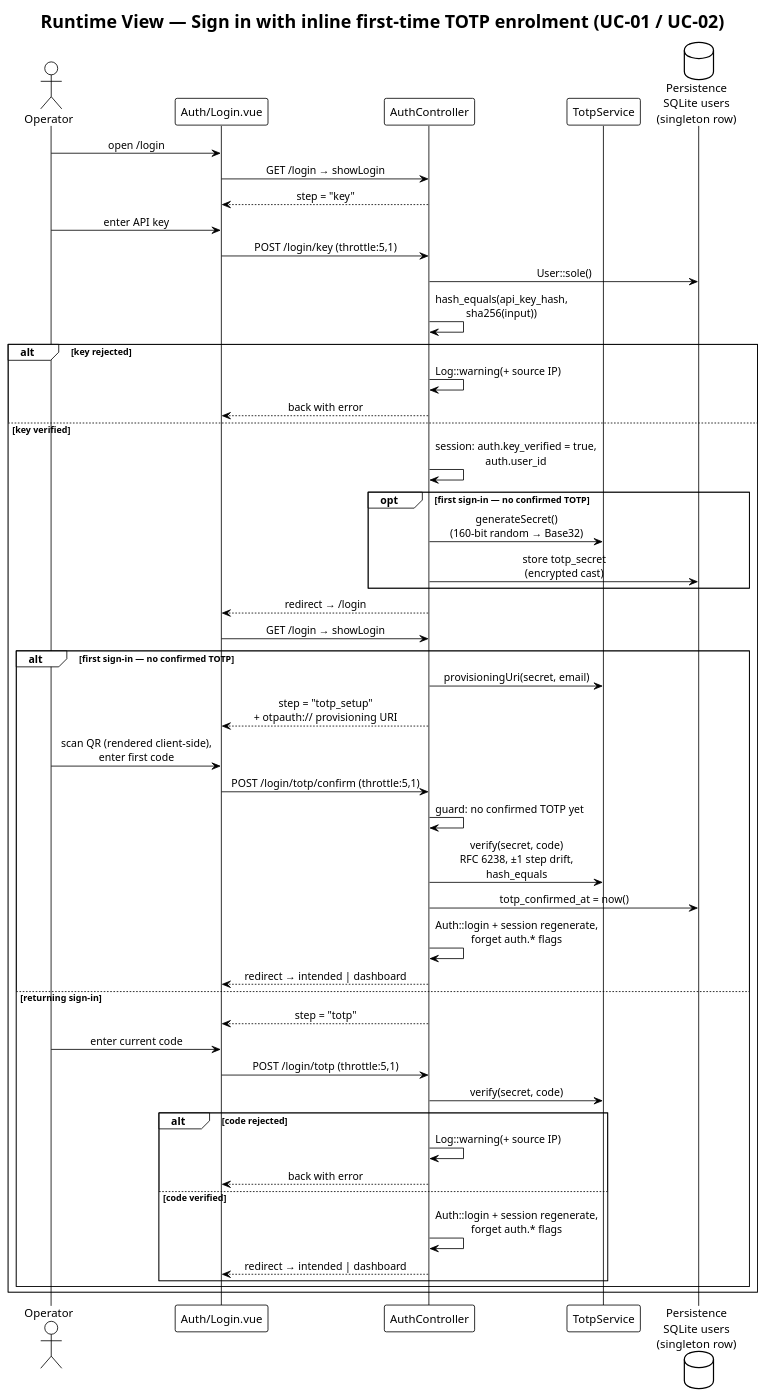
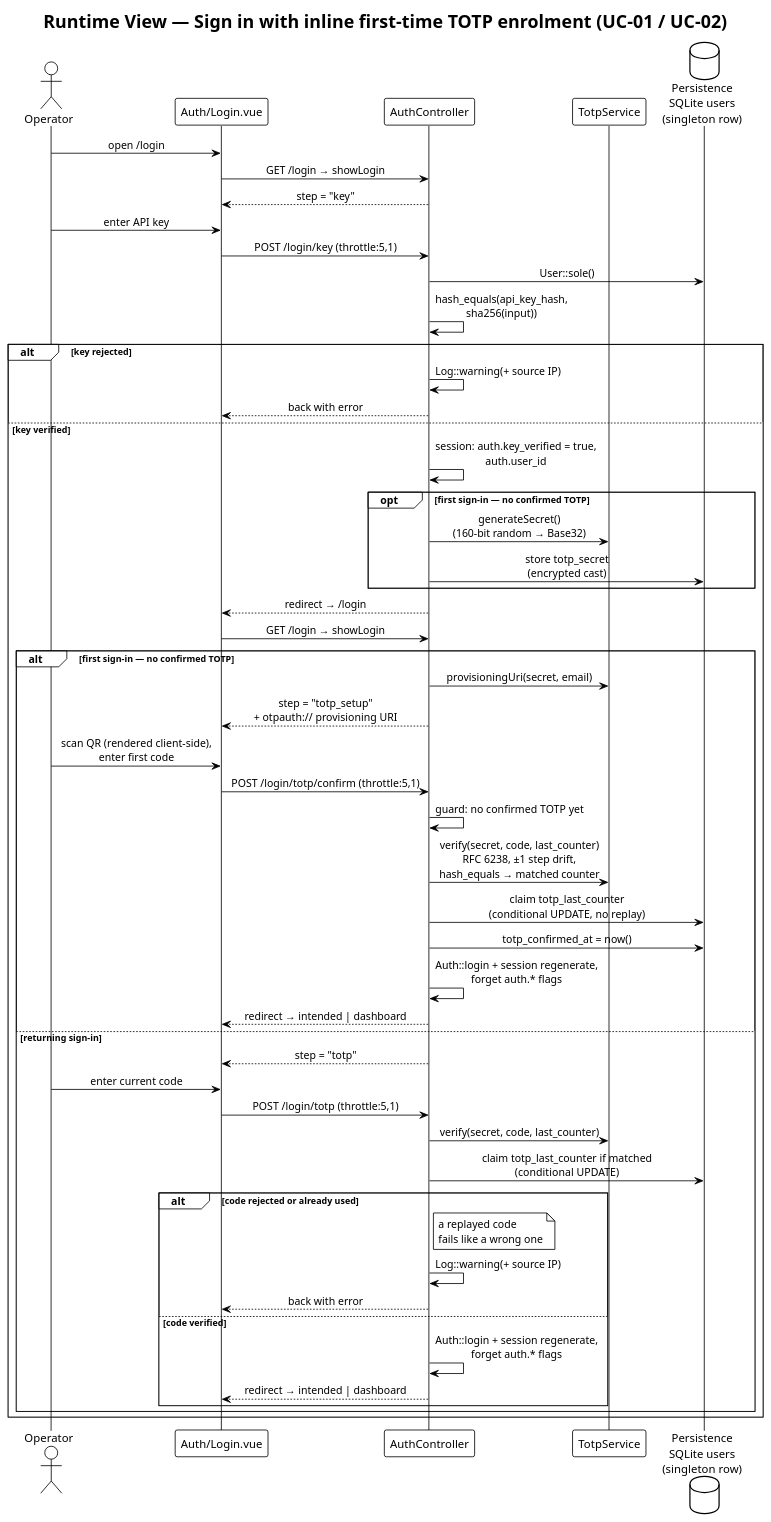
One commit to carstenlucke/herold changed the diagram in docs/arch/diagrams/a06-sign-in.plantuml. Above: the diagram before and after it, drawn with PlantUML. The commit also changed 18 other files, not shown here.

First line of the commit message:
fix(auth): reject replayed TOTP codes

```diff
--- a/docs/arch/diagrams/a06-sign-in.plantuml
+++ b/docs/arch/diagrams/a06-sign-in.plantuml
@@ -1,58 +1,61 @@
 @startuml a06-sign-in
 !theme plain
 skinparam sequenceMessageAlign center
 
 title Runtime View — Sign in with inline first-time TOTP enrolment (UC-01 / UC-02)
 
 actor Operator as op
 participant "Auth/Login.vue" as ui
 participant "AuthController" as auth
 participant "TotpService" as totp
 database "Persistence\nSQLite users\n(singleton row)" as db
 
 op -> ui : open /login
 ui -> auth : GET /login → showLogin
 auth --> ui : step = "key"
 
 op -> ui : enter API key
 ui -> auth : POST /login/key (throttle:5,1)
 auth -> db : User::sole()
 auth -> auth : hash_equals(api_key_hash,\nsha256(input))
 
 alt key rejected
   auth -> auth : Log::warning(+ source IP)
   auth --> ui : back with error
 else key verified
   auth -> auth : session: auth.key_verified = true,\nauth.user_id
   opt first sign-in — no confirmed TOTP
     auth -> totp : generateSecret()\n(160-bit random → Base32)
     auth -> db : store totp_secret\n(encrypted cast)
   end
   auth --> ui : redirect → /login
   ui -> auth : GET /login → showLogin
   alt first sign-in — no confirmed TOTP
     auth -> totp : provisioningUri(secret, email)
     auth --> ui : step = "totp_setup"\n+ otpauth:// provisioning URI
     op -> ui : scan QR (rendered client-side),\nenter first code
     ui -> auth : POST /login/totp/confirm (throttle:5,1)
     auth -> auth : guard: no confirmed TOTP yet
-    auth -> totp : verify(secret, code)\nRFC 6238, ±1 step drift,\nhash_equals
+    auth -> totp : verify(secret, code, last_counter)\nRFC 6238, ±1 step drift,\nhash_equals → matched counter
+    auth -> db : claim totp_last_counter\n(conditional UPDATE, no replay)
     auth -> db : totp_confirmed_at = now()
     auth -> auth : Auth::login + session regenerate,\nforget auth.* flags
     auth --> ui : redirect → intended | dashboard
   else returning sign-in
     auth --> ui : step = "totp"
     op -> ui : enter current code
     ui -> auth : POST /login/totp (throttle:5,1)
-    auth -> totp : verify(secret, code)
-    alt code rejected
+    auth -> totp : verify(secret, code, last_counter)
+    auth -> db : claim totp_last_counter if matched\n(conditional UPDATE)
+    alt code rejected or already used
+      note right of auth : a replayed code\nfails like a wrong one
       auth -> auth : Log::warning(+ source IP)
       auth --> ui : back with error
     else code verified
       auth -> auth : Auth::login + session regenerate,\nforget auth.* flags
       auth --> ui : redirect → intended | dashboard
     end
   end
 end
 
 @enduml
```
